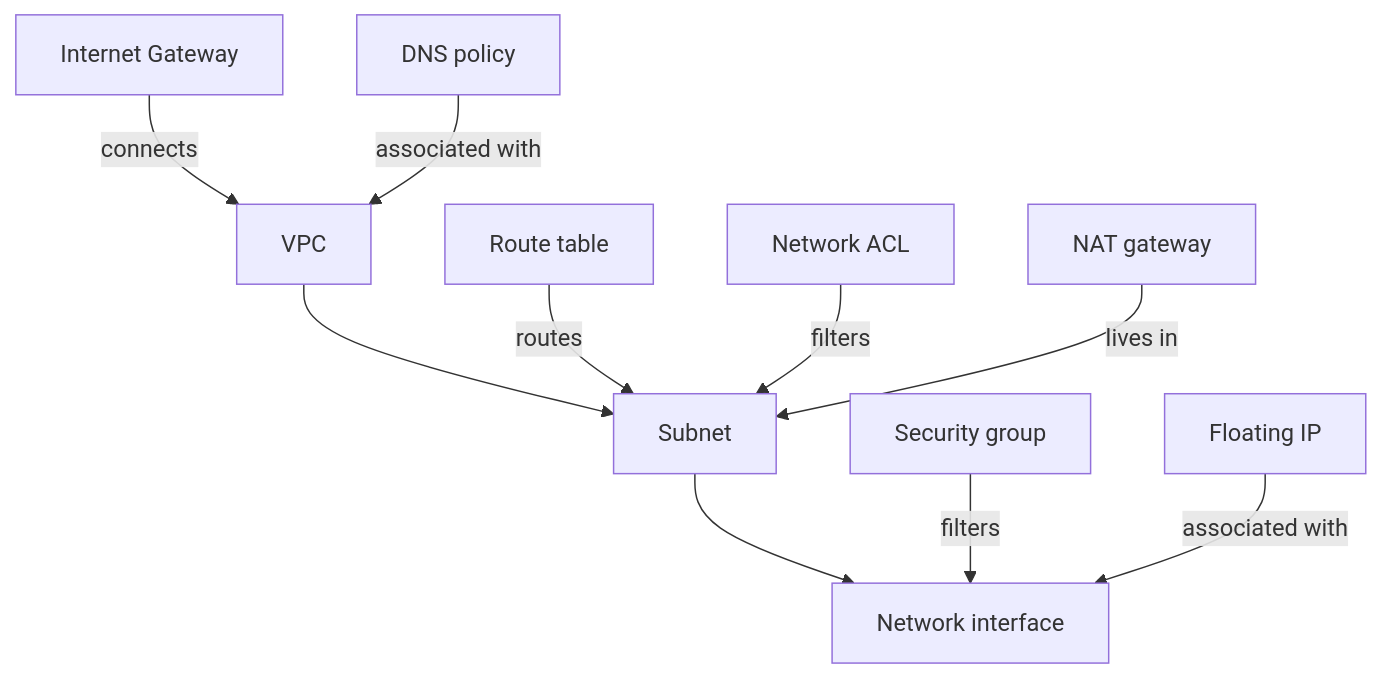
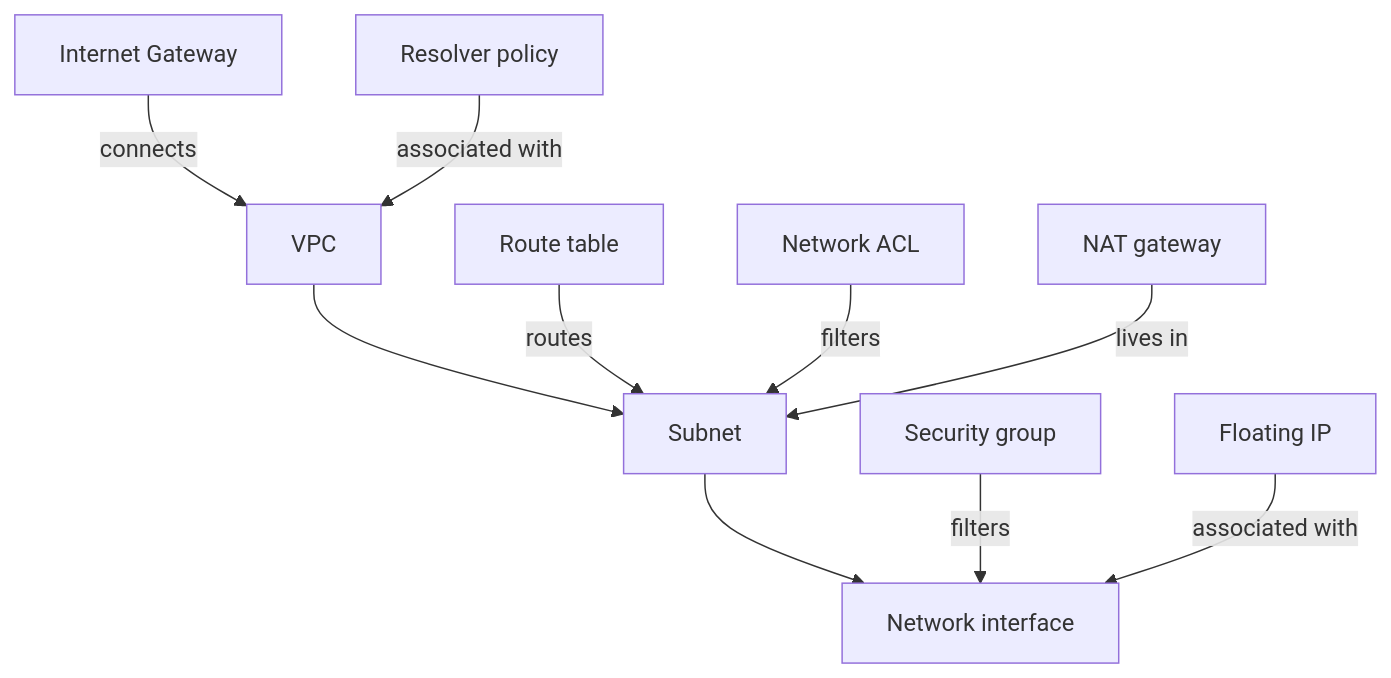
One commit to origincloudhq/docs changed the diagram in docs/network/index.md. Above: the diagram before and after it, drawn with Mermaid. The commit also changed other lines of this file and 16 other files, not shown here.

````diff
--- a/docs/network/index.md
+++ b/docs/network/index.md
@@ -19,14 +19,14 @@
 ```mermaid
 flowchart TD
   accTitle: Parts of an Origin Cloud network
-  accDescr: A VPC contains subnets, and each subnet contains network interfaces. An Internet Gateway connects the VPC to the internet. Each subnet uses a route table and a network ACL. Each network interface carries security groups and can hold a Floating IP. A NAT gateway sits in a public subnet. A DNS policy is associated with the VPC.
+  accDescr: A VPC contains subnets, and each subnet contains network interfaces. An Internet Gateway connects the VPC to the internet. Each subnet uses a route table and a network ACL. Each network interface carries security groups and can hold a Floating IP. A NAT gateway sits in a public subnet. A resolver policy is associated with the VPC.
   vpc[VPC] --> subnet[Subnet]
   subnet --> nic[Network interface]
   igw[Internet Gateway] -->|connects| vpc
-  dns[DNS policy] -->|associated with| vpc
+  dns[Resolver policy] -->|associated with| vpc
   rt[Route table] -->|routes| subnet
   acl[Network ACL] -->|filters| subnet
   sg[Security group] -->|filters| nic
   fip[Floating IP] -->|associated with| nic
   nat[NAT gateway] -->|lives in| subnet
 ```
````
